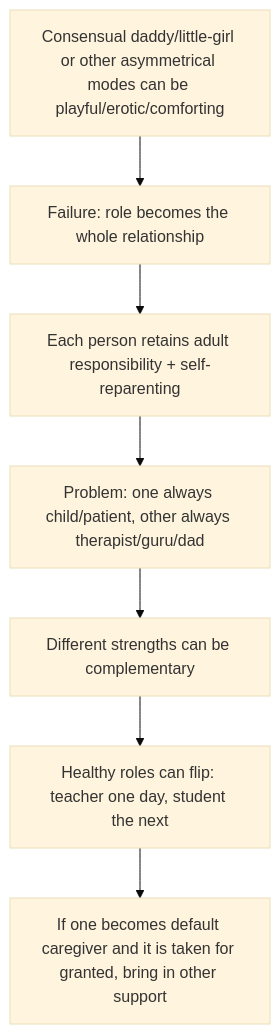
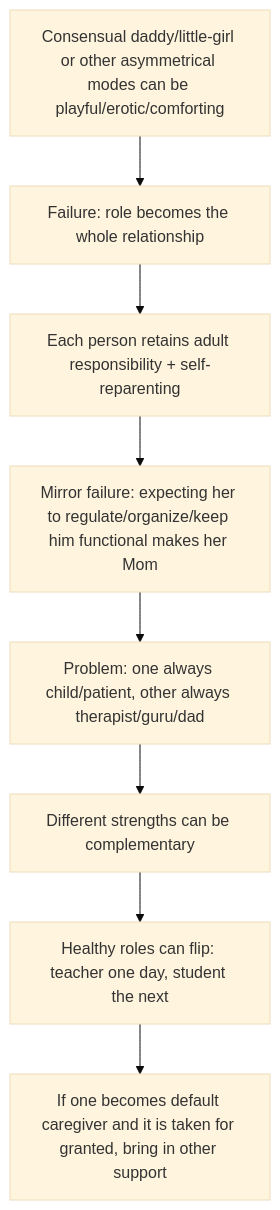
The ninth of 14 diagrams in work/romance-current-assembly/ARCHITECTURE.md (u-dont-existDOTcom/pangram-humanization-lab), drawn with Mermaid (base theme) before and after one commit. The commit also changed other lines of this file, not shown here.

Commit message:
state: sync Romance architecture to 20496 candidate

````diff
--- a/work/romance-current-assembly/ARCHITECTURE.md
+++ b/work/romance-current-assembly/ARCHITECTURE.md
@@ -163,12 +165,13 @@
 ```mermaid
 flowchart TD
     play["Consensual daddy/little-girl or other asymmetrical modes can be playful/erotic/comforting"]
     capture["Failure: role becomes the whole relationship"]
     adult["Each person retains adult responsibility + self-reparenting"]
+    mother["Mirror failure: expecting her to regulate/organize/keep him functional makes her Mom"]
     unequal["Problem: one always child/patient, other always therapist/guru/dad"]
     complement["Different strengths can be complementary"]
     flip["Healthy roles can flip: teacher one day, student the next"]
     defaultCare["If one becomes default caregiver and it is taken for granted, bring in other support"]
 
-    play --> capture --> adult --> unequal --> complement --> flip --> defaultCare
+    play --> capture --> adult --> mother --> unequal --> complement --> flip --> defaultCare
 ```
````
